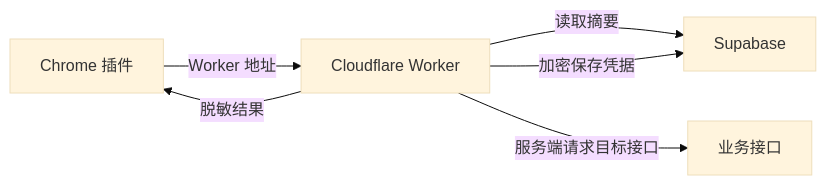
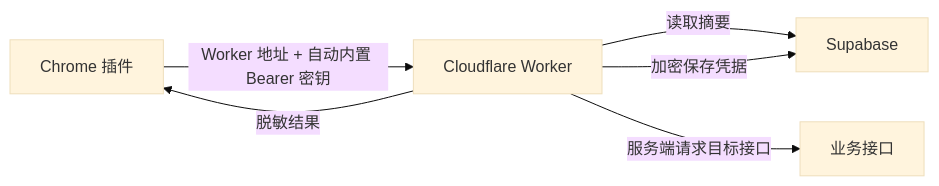
The diagram in README.md (lsy5920/txzz-plugin-worker), drawn with Mermaid (base theme) before and after one commit. The commit also changed other lines of this file and 13 other files, not shown here.

````diff
--- a/README.md
+++ b/README.md
@@ -136,8 +144,8 @@
 ```mermaid
 flowchart LR
-  A["Chrome 插件"] -->|"Worker 地址"| B["Cloudflare Worker"]
+  A["Chrome 插件"] -->|"Worker 地址 + 自动内置 Bearer 密钥"| B["Cloudflare Worker"]
   B -->|"读取摘要"| C["Supabase"]
   B -->|"加密保存凭据"| C
   B -->|"服务端请求目标接口"| D["业务接口"]
   B -->|"脱敏结果"| A
 ```
````
